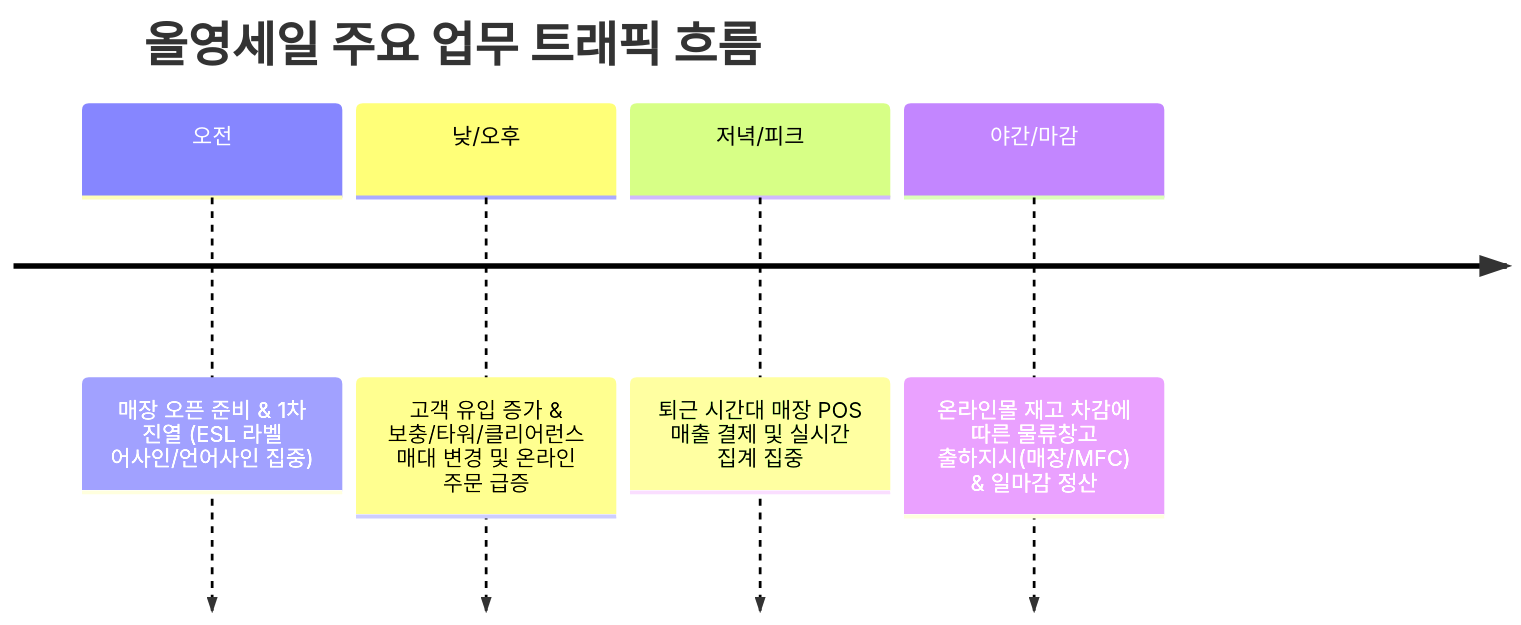
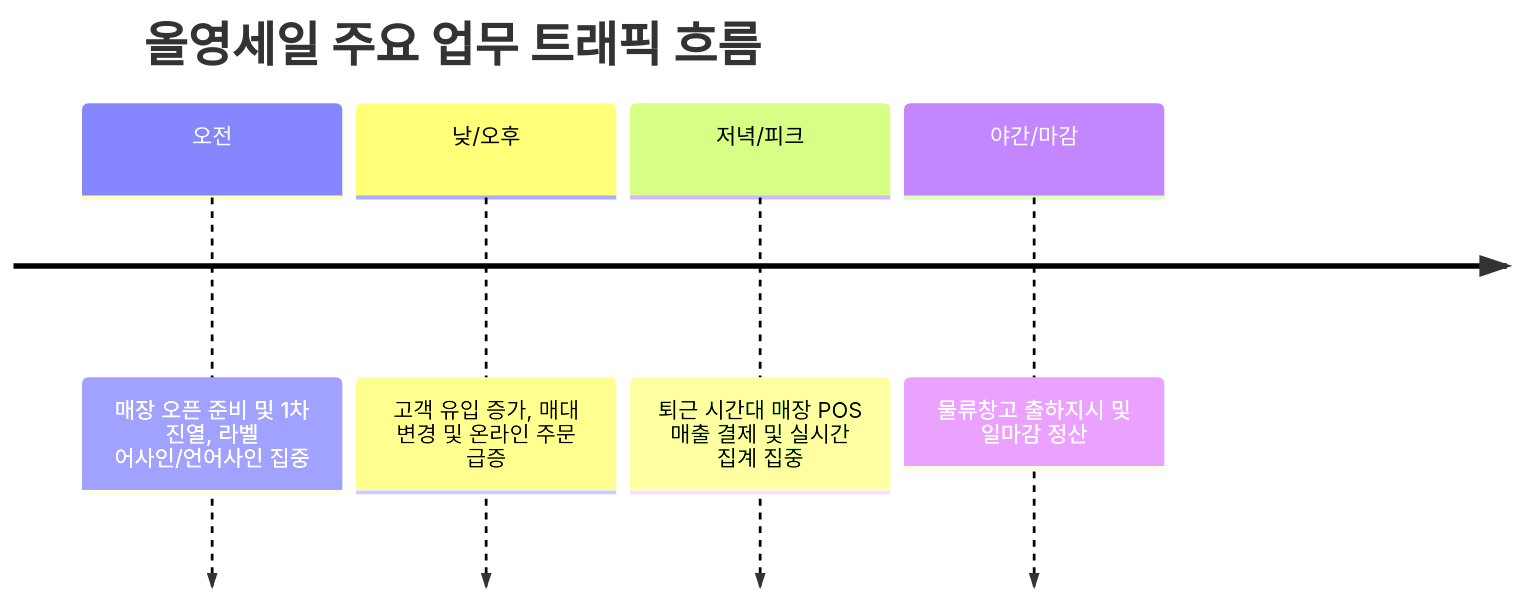
One commit to djpibo/djpibo.github.io changed the second of 5 diagrams in docs/case/2026-1Q/oy-sale-stat-hourly-cpu-sql.md. Above: the diagram before and after it, drawn with Mermaid. The commit also changed other lines of this file and 1 other file, not shown here.

````diff
--- a/docs/case/2026-1Q/oy-sale-stat-hourly-cpu-sql.md
+++ b/docs/case/2026-1Q/oy-sale-stat-hourly-cpu-sql.md
@@ -64,8 +64,8 @@
 ```mermaid
 timeline
     title 올영세일 주요 업무 트래픽 흐름
-    오전 : 매장 오픈 준비 & 1차 진열 (ESL 라벨 어사인/언어사인 집중)
-    낮/오후 : 고객 유입 증가 & 보충/타워/클리어런스 매대 변경 및 온라인 주문 급증
+    오전 : 매장 오픈 준비 및 1차 진열, 라벨 어사인/언어사인 집중
+    낮/오후 : 고객 유입 증가, 매대 변경 및 온라인 주문 급증
     저녁/피크 : 퇴근 시간대 매장 POS 매출 결제 및 실시간 집계 집중
-    야간/마감 : 온라인몰 재고 차감에 따른 물류창고 출하지시(매장/MFC) & 일마감 정산
+    야간/마감 : 물류창고 출하지시 및 일마감 정산
 ```
````
